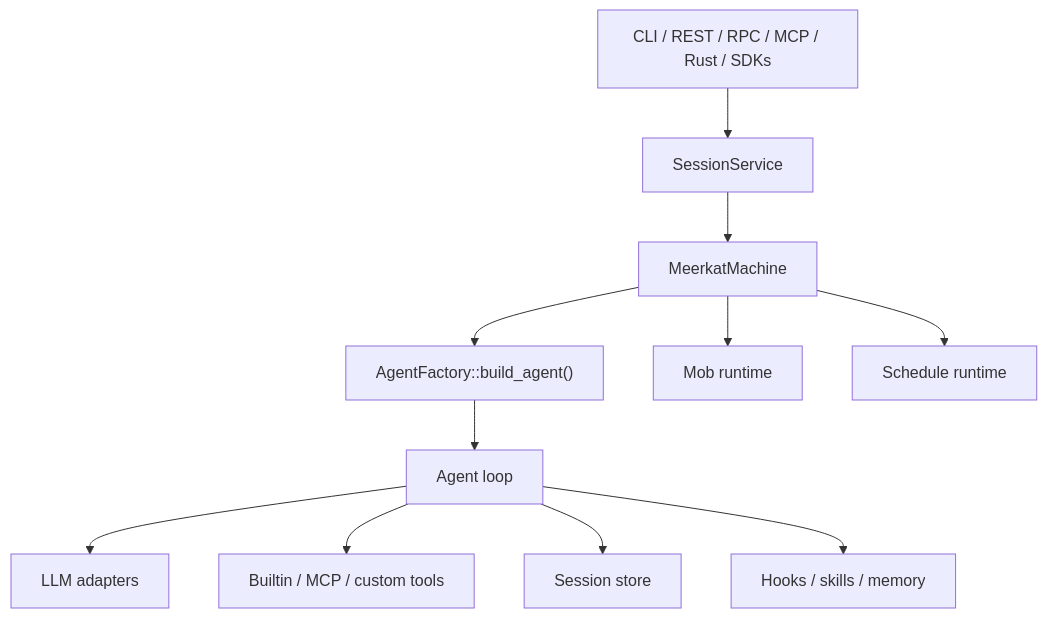
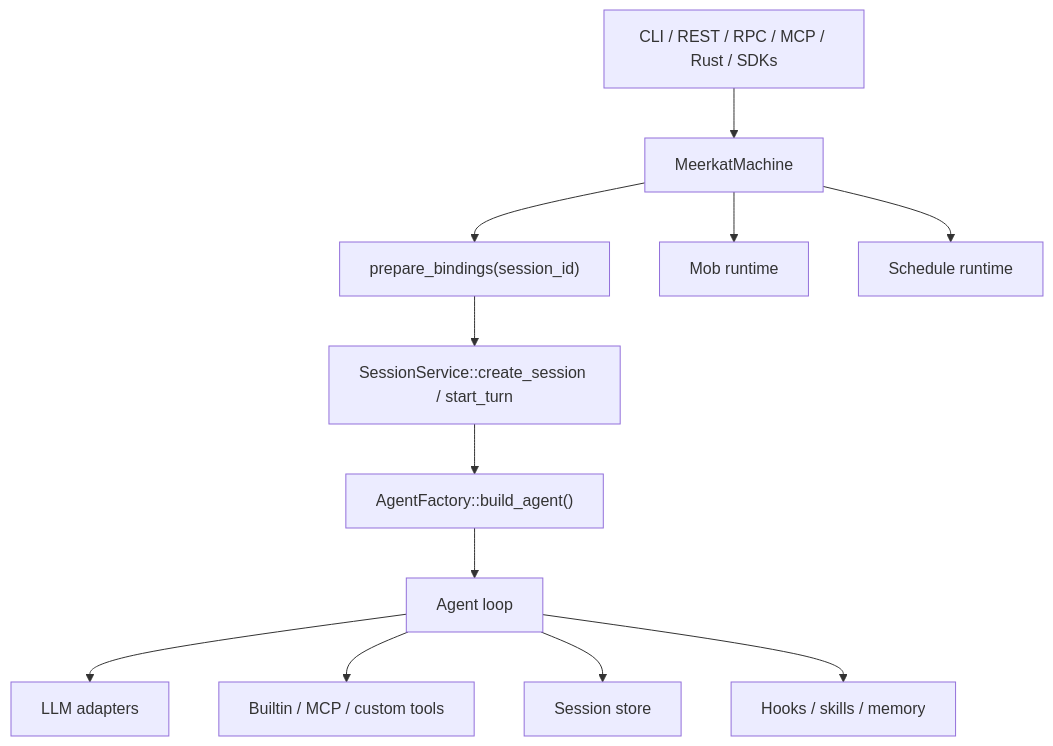
The diagram in docs/reference/architecture.mdx (carenic/meerkat), drawn with Mermaid before and after one commit. The commit also changed other lines of this file and 75 other files, not shown here.

````diff
--- a/docs/reference/architecture.mdx
+++ b/docs/reference/architecture.mdx
@@ -15,14 +15,15 @@
 ```mermaid
 graph TD
-    SURFACES["CLI / REST / RPC / MCP / Rust / SDKs"] --> SERVICE["SessionService"]
-    SERVICE --> MACHINE["MeerkatMachine"]
-    MACHINE --> FACTORY["AgentFactory::build_agent()"]
+    SURFACES["CLI / REST / RPC / MCP / Rust / SDKs"] --> MACHINE["MeerkatMachine"]
+    MACHINE --> BINDINGS["prepare_bindings(session_id)"]
+    BINDINGS --> SERVICE["SessionService::create_session / start_turn"]
+    SERVICE --> FACTORY["AgentFactory::build_agent()"]
     FACTORY --> AGENT["Agent loop"]
 
     AGENT --> PROVIDERS["LLM adapters"]
     AGENT --> TOOLS["Builtin / MCP / custom tools"]
     AGENT --> STORE["Session store"]
     AGENT --> HOOKS["Hooks / skills / memory"]
     MACHINE --> MOB["Mob runtime"]
     MACHINE --> SCHEDULE["Schedule runtime"]
 ```
````
